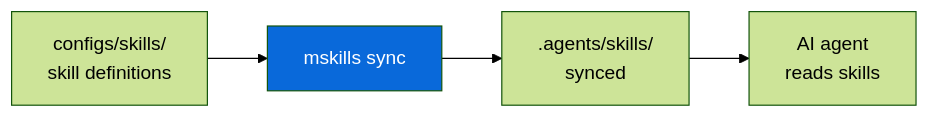
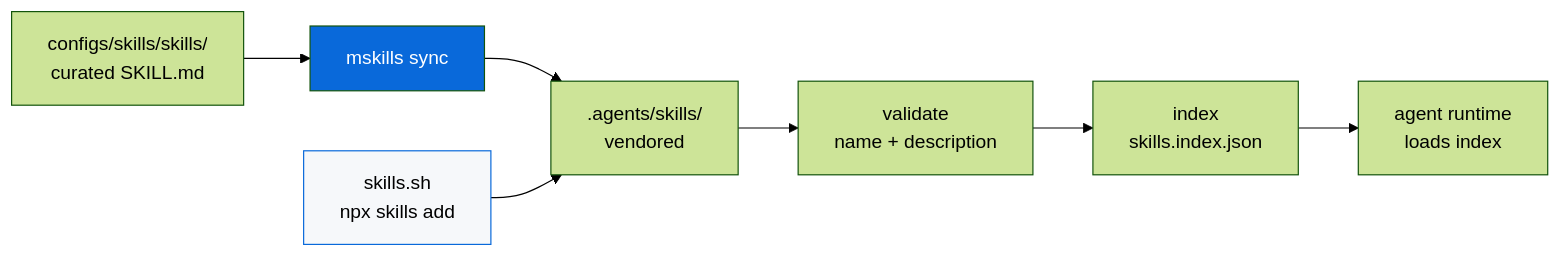
The diagram in configs/skills/README.md (Archont561/ts-monorepo-template), drawn with Mermaid (forest theme) before and after one commit. The commit also changed other lines of this file and 28 other files, not shown here.

````diff
--- a/configs/skills/README.md
+++ b/configs/skills/README.md
@@ -31,8 +68,12 @@
 ```mermaid
 graph LR
-    A[configs/skills/<br/>skill definitions] --> B[mskills sync]
-    B --> C[.agents/skills/<br/>synced]
-    C --> D[AI agent<br/>reads skills]
+    A[configs/skills/skills/<br/>curated SKILL.md] --> B[mskills sync]
+    B --> C[.agents/skills/<br/>vendored]
+    D[skills.sh<br/>npx skills add] --> C
+    C --> E[validate<br/>name + description]
+    E --> F[index<br/>skills.index.json]
+    F --> G[agent runtime<br/>loads index]
 
     style B fill:#0969DA,color:#fff
+    style D fill:#f6f8fa,stroke:#0969DA
 ```
````
